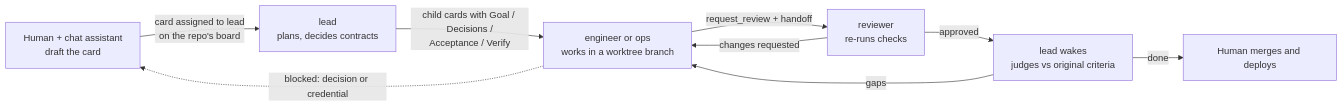
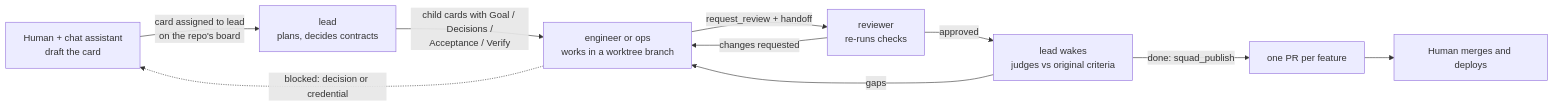
One commit to AnilKerai/hermes-squad changed the diagram in docs/01-architecture.md. Above: the diagram before and after it, drawn with Mermaid. The commit also changed other lines of this file and 20 other files, not shown here.

First line of the commit message:
docs: lead publishes one PR per feature; release 1.5.0

````diff
--- a/docs/01-architecture.md
+++ b/docs/01-architecture.md
@@ -36,11 +36,12 @@
 ```mermaid
 flowchart LR
   H[Human + chat assistant<br/>draft the card] -->|card assigned to lead<br/>on the repo's board| L[lead<br/>plans, decides contracts]
   L -->|child cards with Goal / Decisions /<br/>Acceptance / Verify| E[engineer or ops<br/>works in a worktree branch]
   E -->|request_review + handoff| R[reviewer<br/>re-runs checks]
   R -->|changes requested| E
   R -->|approved| L2[lead wakes<br/>judges vs original criteria]
   L2 -->|gaps| E
-  L2 -->|done| M[Human merges and deploys]
+  L2 -->|done: squad_publish| P[one PR per feature]
+  P --> M[Human merges and deploys]
   E -.->|blocked: decision or credential| H
 ```
````
